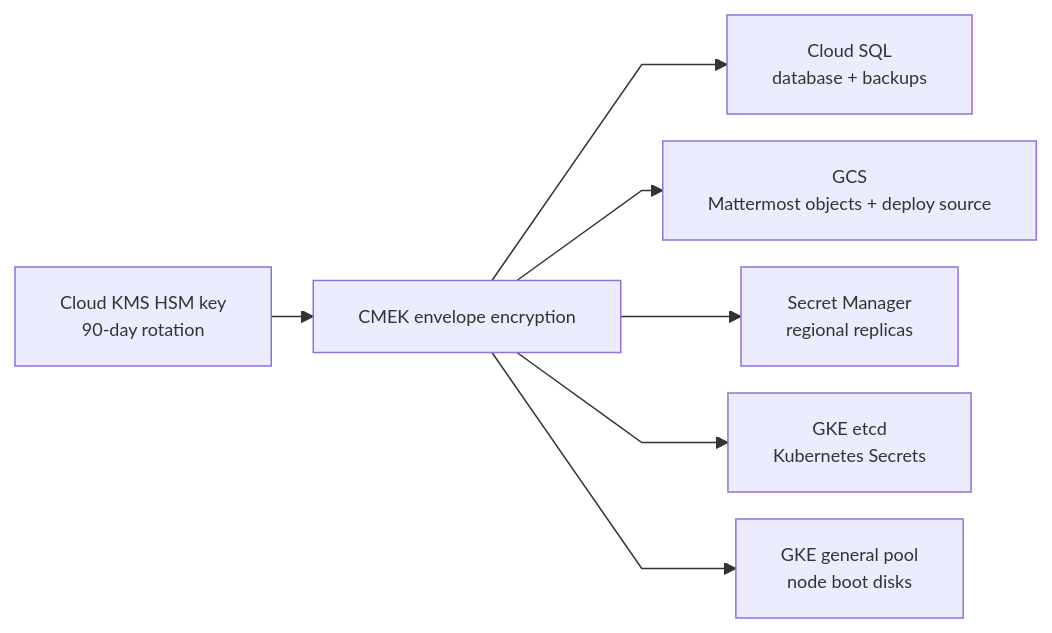
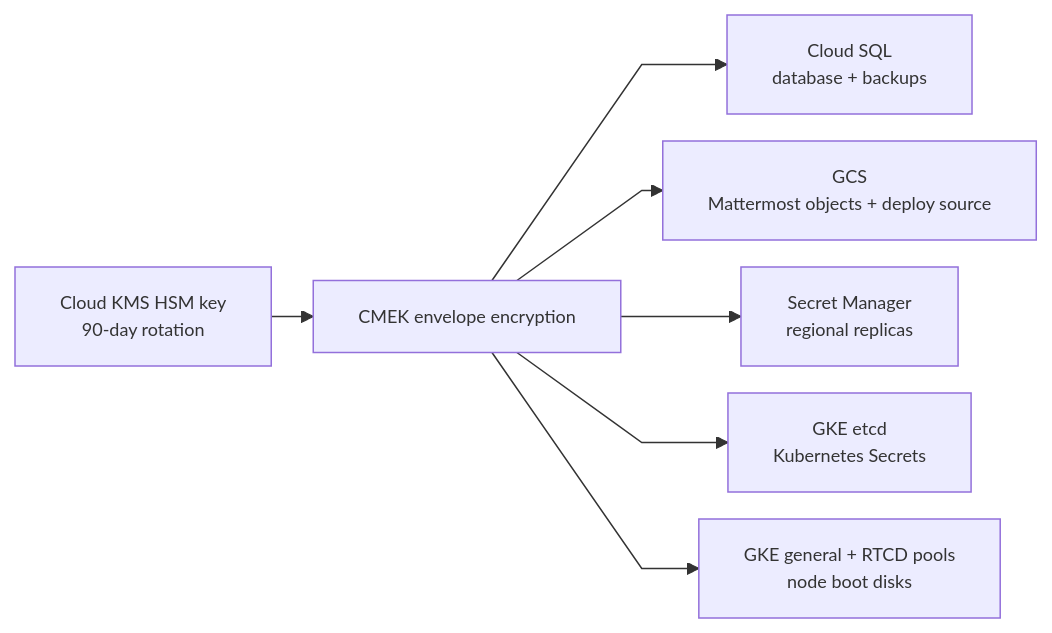
The fifth of 10 diagrams in README.md (pilprod/yourown-chat), drawn with Mermaid before and after one commit. The commit also changed other lines of this file and 24 other files, not shown here.

````diff
--- a/README.md
+++ b/README.md
@@ -644,10 +644,10 @@
 ```mermaid
 %%{init: {"flowchart": {"nodeSpacing": 18, "rankSpacing": 28, "curve": "linear"}, "themeVariables": {"fontSize": "12px"}}}%%
 flowchart LR
   K["Cloud KMS HSM key<br/>90-day rotation"] --> E["CMEK envelope encryption"]
   E --> SQL["Cloud SQL<br/>database + backups"]
   E --> GCS["GCS<br/>Mattermost objects + deploy source"]
   E --> SM["Secret Manager<br/>regional replicas"]
   E --> ETCD["GKE etcd<br/>Kubernetes Secrets"]
-  E --> ND["GKE general pool<br/>node boot disks"]
+  E --> ND["GKE general + RTCD pools<br/>node boot disks"]
 ```
````
